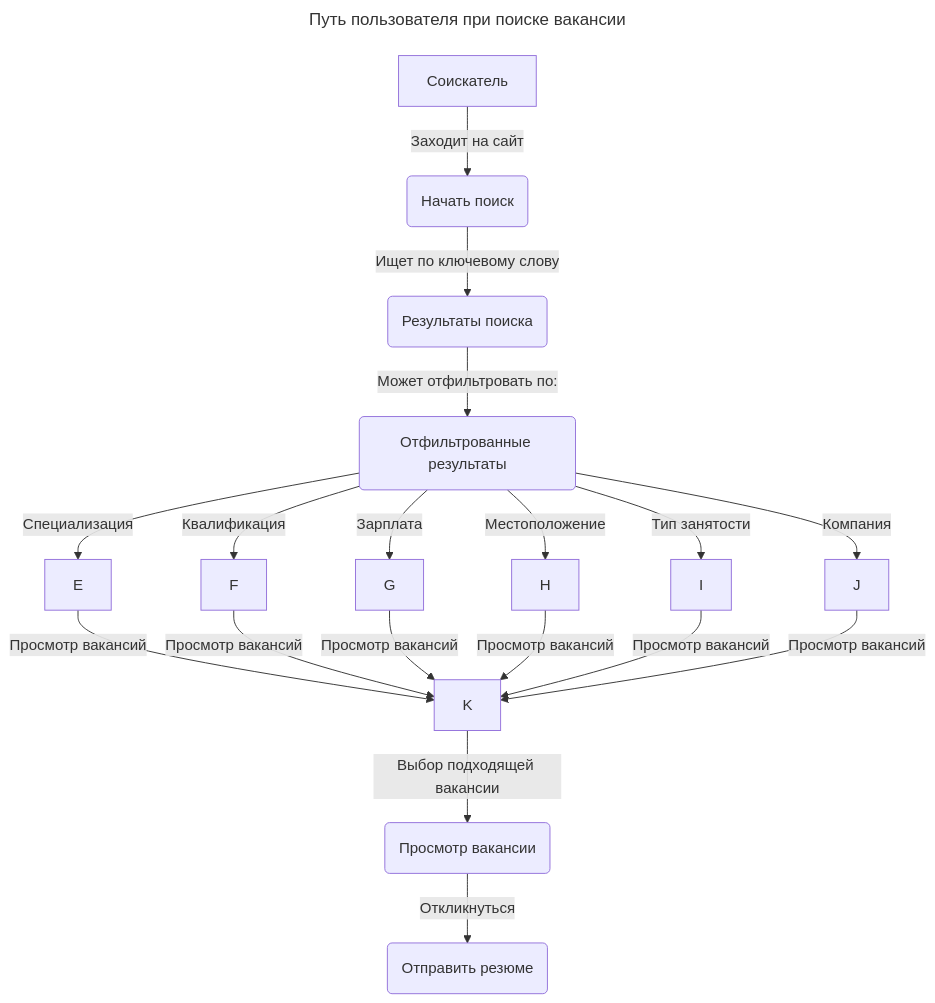
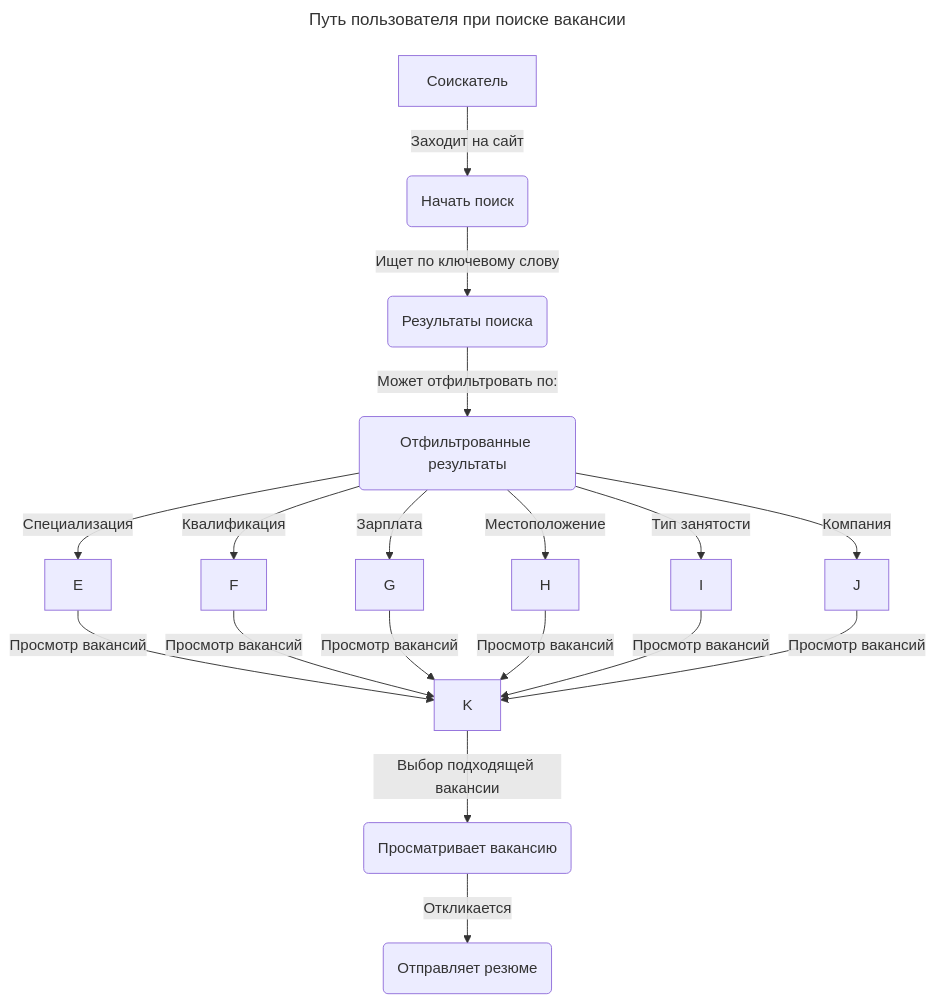
One commit to EphimSh/careerhabr_tests changed the diagram in README.md. Above: the diagram before and after it, drawn with Mermaid.

````diff
--- a/README.md
+++ b/README.md
@@ -41,23 +41,23 @@
 ```mermaid
 ---
 title: "Путь пользователя при поиске вакансии"
 ---
 graph TD
     A[Соискатель] -->|Заходит на сайт| B(Начать поиск)
     B -->|Ищет по ключевому слову| C(Результаты поиска)
     C -->|Может отфильтровать по:| D(Отфильтрованные результаты)
     D -->|Специализация| E
     D -->|Квалификация| F
     D -->|Зарплата| G
     D -->|Местоположение| H
     D -->|Тип занятости| I
     D -->|Компания| J
     E -->|Просмотр вакансий| K
     F -->|Просмотр вакансий| K
     G -->|Просмотр вакансий| K
     H -->|Просмотр вакансий| K
     I -->|Просмотр вакансий| K
     J -->|Просмотр вакансий| K
-    K -->|Выбор подходящей вакансии| L(Просмотр вакансии)
-    L -->|Откликнуться| M(Отправить резюме)
+    K -->|Выбор подходящей вакансии| L(Просматривает вакансию)
+    L -->|Откликается| M(Отправляет резюме)
 ```
````
